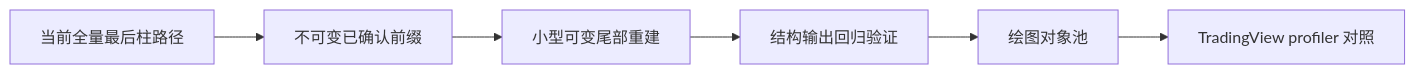
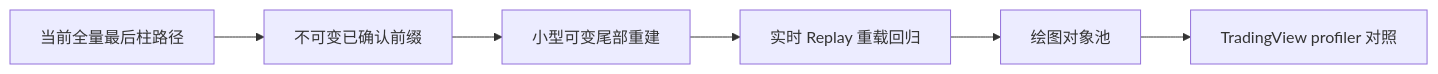
Before and after one commit to crossly/chanlun-for-tradingview: the diagram in brain/roadmap.md, drawn with Mermaid. The commit also changed other lines of this file and 2 other files, not shown here.

````diff
--- a/brain/roadmap.md
+++ b/brain/roadmap.md
@@ -21,8 +22,8 @@
 ```mermaid
 graph LR
   A[当前全量最后柱路径] --> B[不可变已确认前缀]
   B --> C[小型可变尾部重建]
-  C --> D[结构输出回归验证]
+  C --> D[实时 Replay 重载回归]
   D --> E[绘图对象池]
   E --> F[TradingView profiler 对照]
 ```
````
